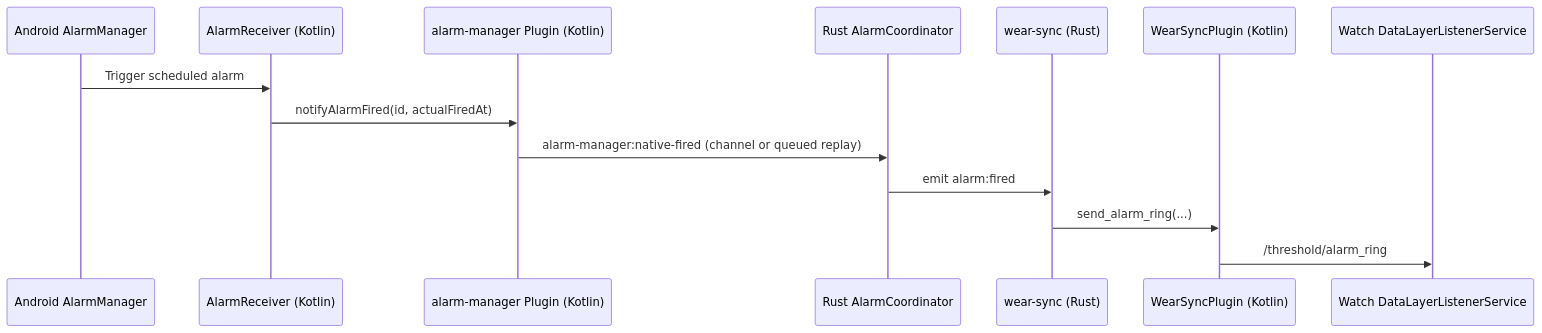
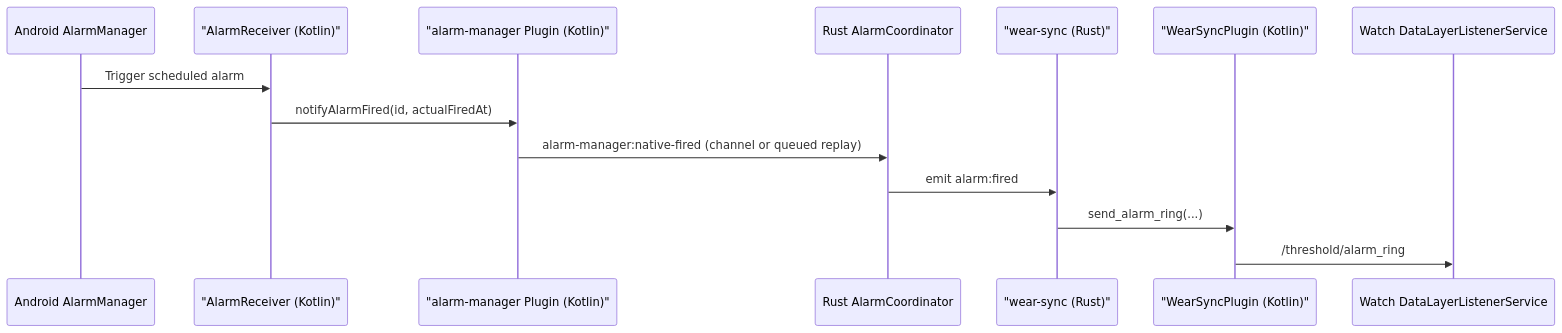
The diagram in docs/blog/2026-02-26-native-alarm-fired-bridge.md (liminal-hq/threshold), drawn with Mermaid before and after one commit. The commit also changed 1 other file, not shown here.

Commit message:
fix: resolve CI failures in rust tests and mermaid lint
**What changed**
- add missing `is_24_hour_known` in `AlarmsSyncNeeded` test payload initialisation
- quote Mermaid participant labels that include parentheses in the native alarm fired bridge blog diagram

**Why**
- restore successful Rust test compilation after the payload model gained a required field
- fix Mermaid parse errors so docs lint passes in CI

````diff
--- a/docs/blog/2026-02-26-native-alarm-fired-bridge.md
+++ b/docs/blog/2026-02-26-native-alarm-fired-bridge.md
@@ -89,17 +89,17 @@
 ```mermaid
 sequenceDiagram
   participant AM as Android AlarmManager
-  participant AR as AlarmReceiver (Kotlin)
-  participant AP as alarm-manager Plugin (Kotlin)
+  participant AR as "AlarmReceiver (Kotlin)"
+  participant AP as "alarm-manager Plugin (Kotlin)"
   participant RC as Rust AlarmCoordinator
-  participant WS as wear-sync (Rust)
-  participant WK as WearSyncPlugin (Kotlin)
+  participant WS as "wear-sync (Rust)"
+  participant WK as "WearSyncPlugin (Kotlin)"
   participant WL as Watch DataLayerListenerService
 
   AM->>AR: Trigger scheduled alarm
   AR->>AP: notifyAlarmFired(id, actualFiredAt)
   AP->>RC: alarm-manager:native-fired (channel or queued replay)
   RC->>WS: emit alarm:fired
   WS->>WK: send_alarm_ring(...)
   WK->>WL: /threshold/alarm_ring
 ```
````
